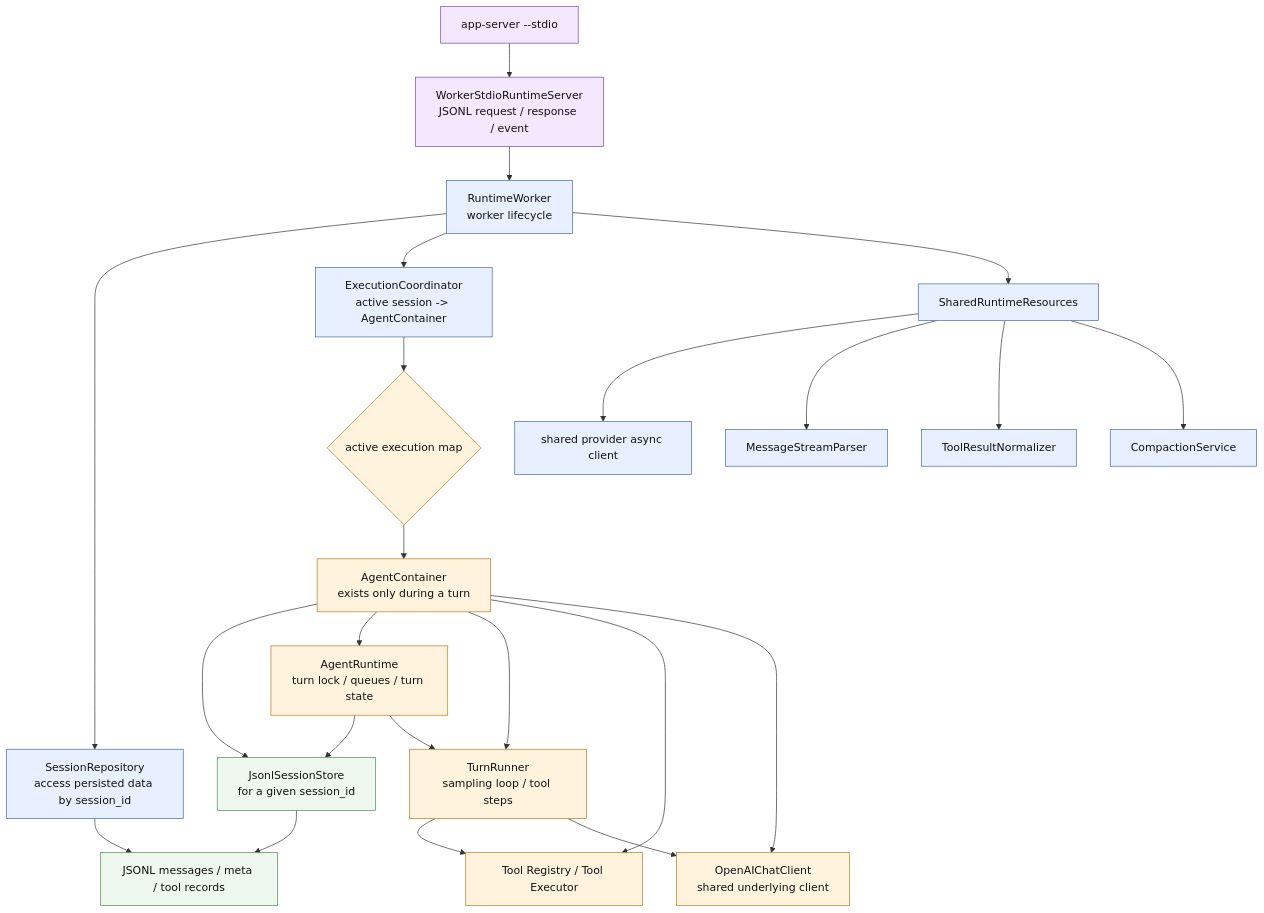
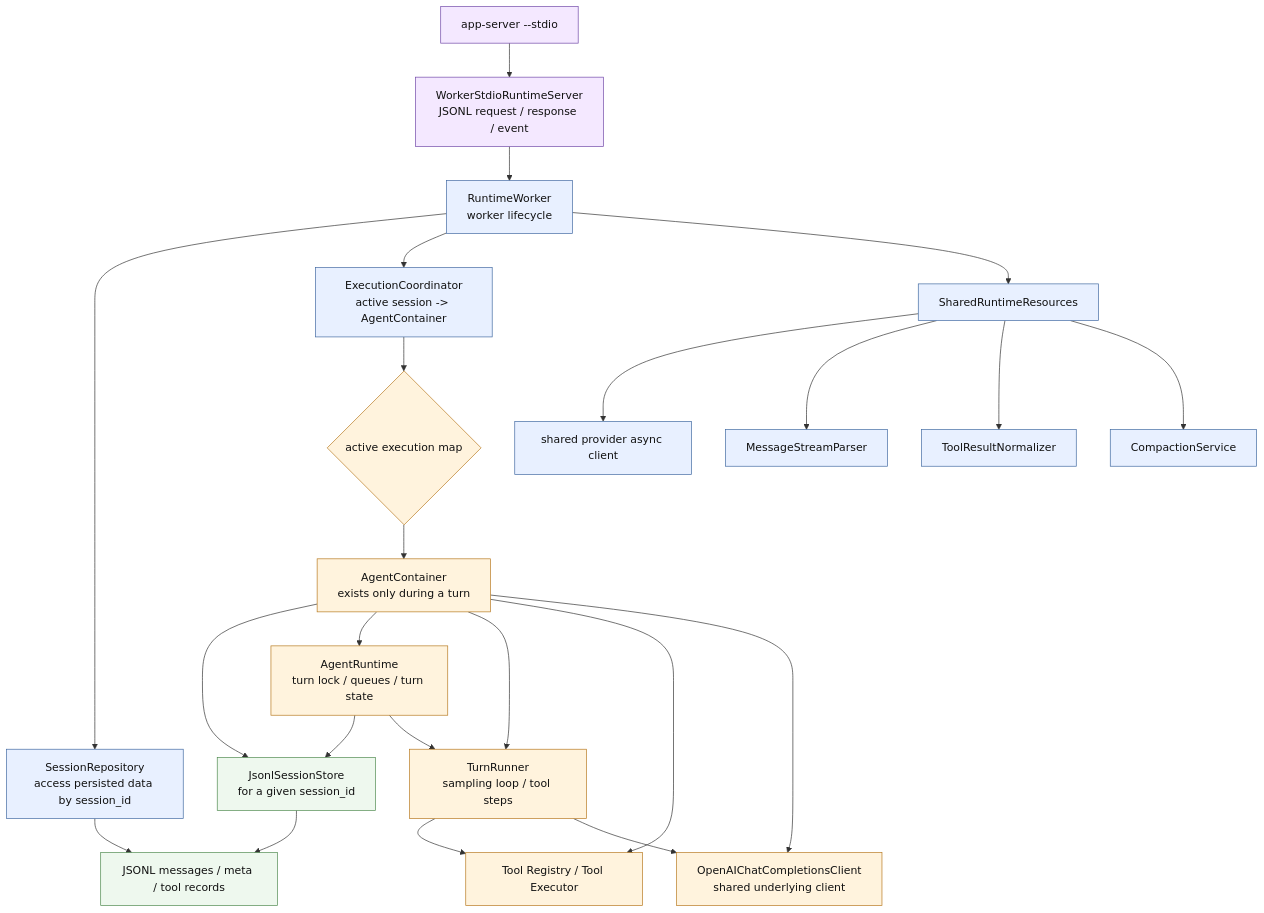
One commit to Azzurroooo/rind changed the second of 8 diagrams in docs/cli-turn-flow.md. Above: the diagram before and after it, drawn with Mermaid. The commit also changed 61 other files, not shown here.

````diff
--- a/docs/cli-turn-flow.md
+++ b/docs/cli-turn-flow.md
@@ -58,51 +58,51 @@
 ```mermaid
 flowchart TB
     APP[app-server --stdio]
     WS[WorkerStdioRuntimeServer\nJSONL request / response / event]
     RW[RuntimeWorker\nworker lifecycle]
     SR[SessionRepository\naccess persisted data by session_id]
     EC[ExecutionCoordinator\nactive session -> AgentContainer]
     RES[SharedRuntimeResources]
     PC[shared provider async client]
     PARSER[MessageStreamParser]
     NORMALIZER[ToolResultNormalizer]
     COMPACT[CompactionService]
     ACTIVE{active execution map}
     CONTAINER[AgentContainer\nexists only during a turn]
     STORE[JsonlSessionStore\nfor a given session_id]
     AR[AgentRuntime\nturn lock / queues / turn state]
     TR[TurnRunner\nsampling loop / tool steps]
     TOOLS[Tool Registry / Tool Executor]
-    MODEL[OpenAIChatClient\nshared underlying client]
+    MODEL[OpenAIChatCompletionsClient\nshared underlying client]
     FILES[JSONL messages / meta / tool records]
 
     APP --> WS --> RW
     RW --> SR
     RW --> EC
     RW --> RES
     RES --> PC
     RES --> PARSER
     RES --> NORMALIZER
     RES --> COMPACT
     EC --> ACTIVE --> CONTAINER
     CONTAINER --> STORE
     CONTAINER --> AR
     CONTAINER --> TR
     CONTAINER --> TOOLS
     CONTAINER --> MODEL
     AR --> STORE
     AR --> TR
     TR --> TOOLS
     TR --> MODEL
     STORE --> FILES
     SR --> FILES
 
     classDef process fill:#f4e8ff,stroke:#7048a8,color:#111;
     classDef worker fill:#e8f0ff,stroke:#4169a1,color:#111;
     classDef active fill:#fff3dd,stroke:#b7791f,color:#111;
     classDef storage fill:#eef8ee,stroke:#4f8a4f,color:#111;
     class APP,WS process;
     class RW,SR,EC,RES,PC,PARSER,NORMALIZER,COMPACT worker;
     class ACTIVE,CONTAINER,AR,TR,TOOLS,MODEL active;
     class STORE,FILES storage;
 ```
````
